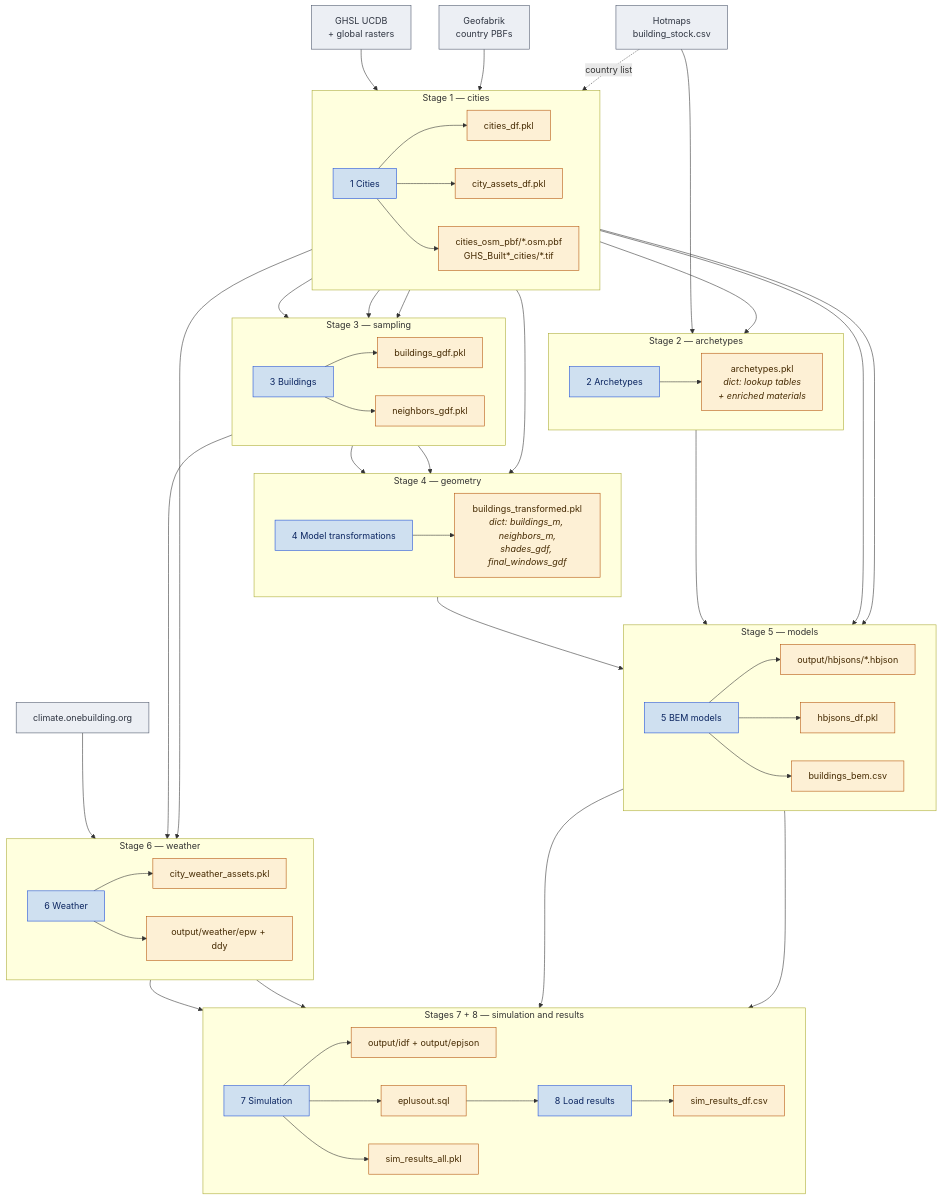
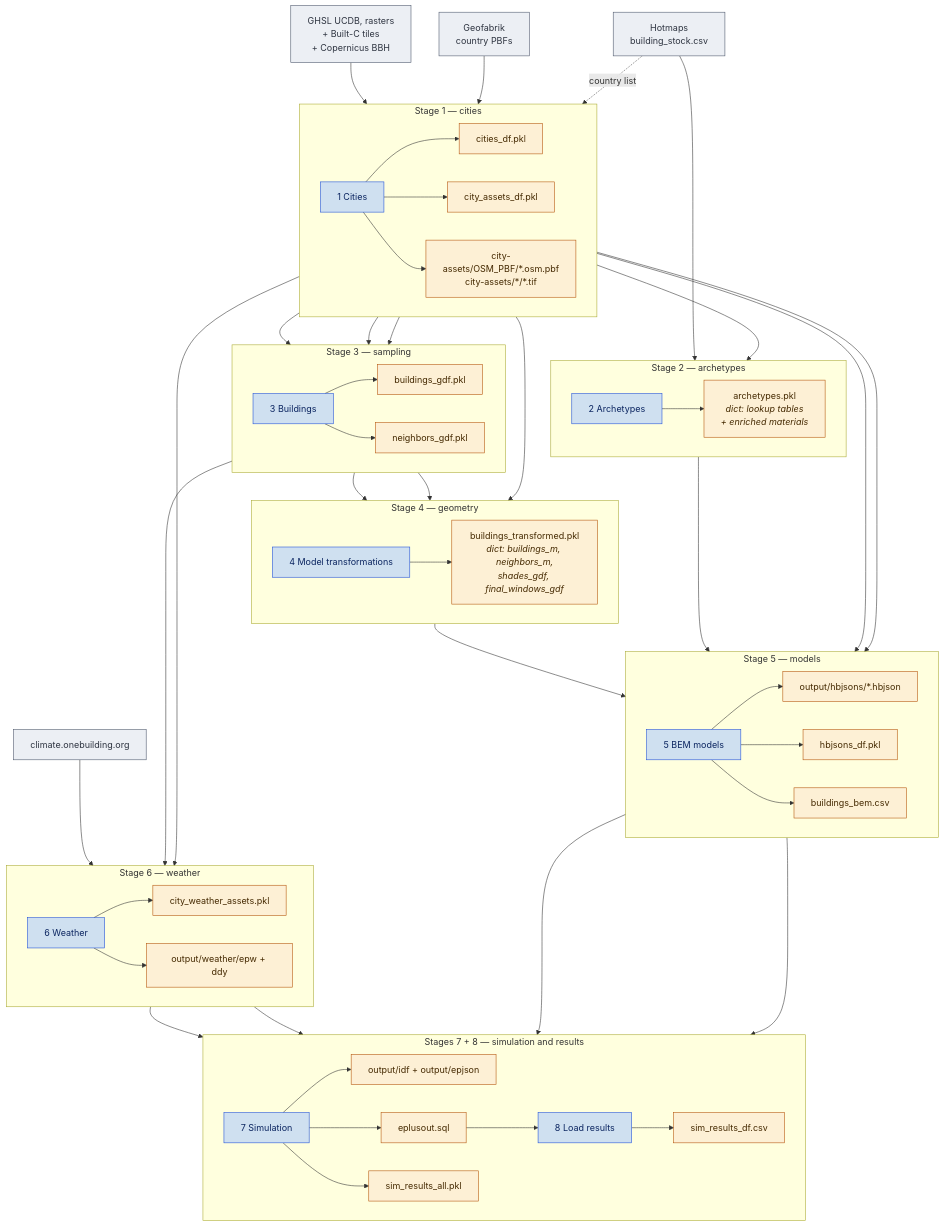
One commit to adalach/BEM4AI changed the diagram in README.md. Above: the diagram before and after it, drawn with Mermaid. The commit also changed other lines of this file and 9 other files, not shown here.

First line of the commit message:
Notebook 1: population-weighted city centres, complete OSM extracts, Copernicus heights

```diff
--- a/README.md
+++ b/README.md
@@ -61,7 +74,7 @@
     classDef nb  fill:#cfe0f0,stroke:#1d4ed8,color:#0b2560
     classDef art fill:#fdf0d5,stroke:#b45309,color:#452a02
 
-    EXT_GHSL["GHSL UCDB<br/>+ global rasters"]:::ext
+    EXT_GHSL["GHSL UCDB, rasters<br/>+ Built-C tiles<br/>+ Copernicus BBH"]:::ext
     EXT_PBF["Geofabrik<br/>country PBFs"]:::ext
     EXT_HOT["Hotmaps<br/>building_stock.csv"]:::ext
     EXT_WX["climate.onebuilding.org"]:::ext
@@ -71,7 +84,7 @@
         N1["1 Cities"]:::nb
         A_CIT["cities_df.pkl"]:::art
         A_AST["city_assets_df.pkl"]:::art
-        A_CHIP["cities_osm_pbf/*.osm.pbf<br/>GHS_Built*_cities/*.tif"]:::art
+        A_CHIP["city-assets/OSM_PBF/*.osm.pbf<br/>city-assets/*/*.tif"]:::art
         N1 --> A_CIT
         N1 --> A_AST
         N1 --> A_CHIP
```
